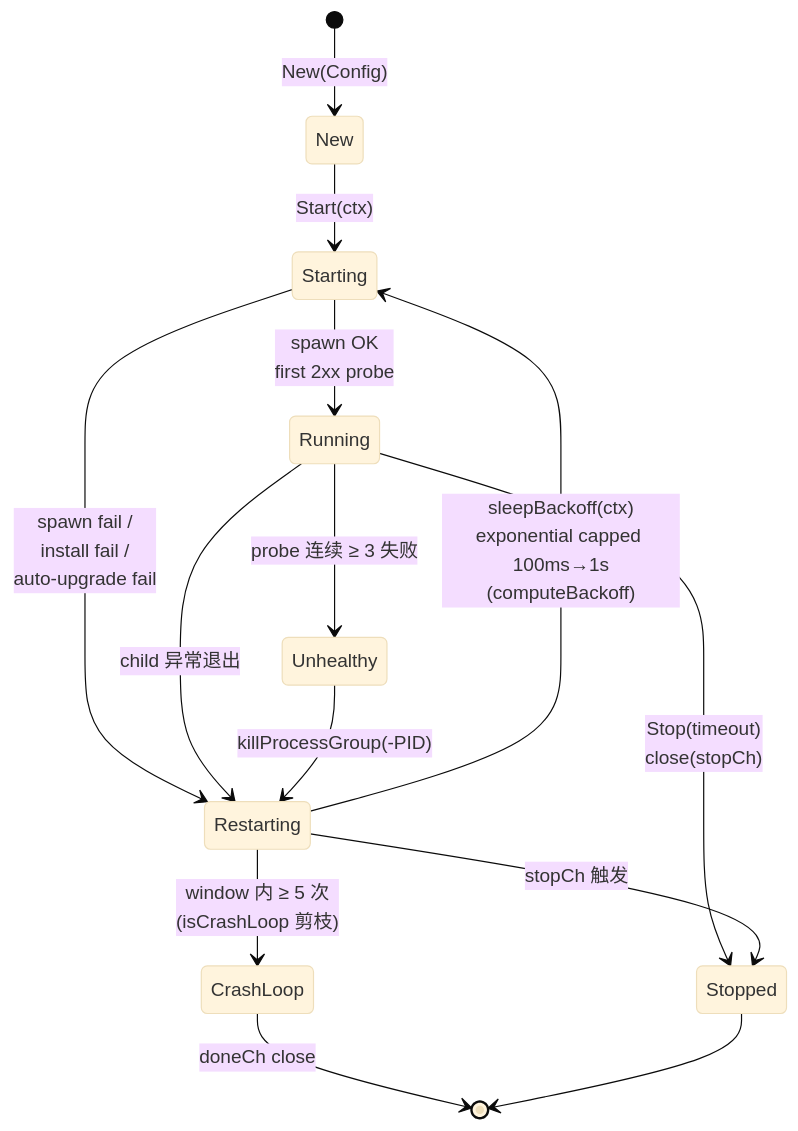
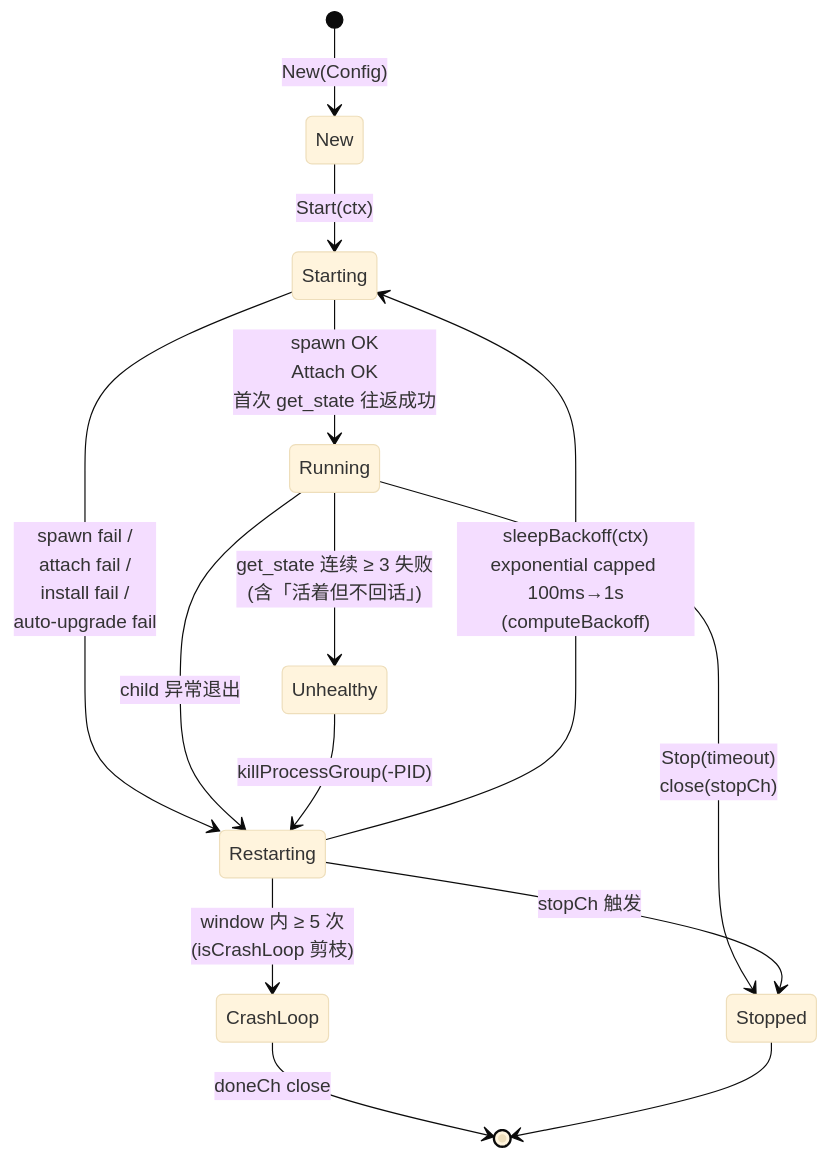
Before and after one commit to louloulin/opskeeper: diagram 11 of 15 in docs/architecture.md, drawn with Mermaid (base theme). The commit also changed other lines of this file and 24 other files, not shown here.

````diff
--- a/docs/architecture.md
+++ b/docs/architecture.md
@@ -377,16 +474,16 @@
 ```mermaid
 stateDiagram-v2
     [*] --> New: New(Config)
     New --> Starting: Start(ctx)
-    Starting --> Running: spawn OK<br/>first 2xx probe
-    Starting --> Restarting: spawn fail /<br/>install fail /<br/>auto-upgrade fail
-    Running --> Unhealthy: probe 连续 ≥ 3 失败
+    Starting --> Running: spawn OK<br/>Attach OK<br/>首次 get_state 往返成功
+    Starting --> Restarting: spawn fail /<br/>attach fail /<br/>install fail /<br/>auto-upgrade fail
+    Running --> Unhealthy: get_state 连续 ≥ 3 失败<br/>(含「活着但不回话」)
     Running --> Restarting: child 异常退出
     Unhealthy --> Restarting: killProcessGroup(-PID)
     Restarting --> CrashLoop: window 内 ≥ 5 次<br/>(isCrashLoop 剪枝)
     Restarting --> Starting: sleepBackoff(ctx)<br/>exponential capped 100ms→1s<br/>(computeBackoff)
     CrashLoop --> [*]: doneCh close
     Running --> Stopped: Stop(timeout)<br/>close(stopCh)
     Restarting --> Stopped: stopCh 触发
     Stopped --> [*]
 ```
````
